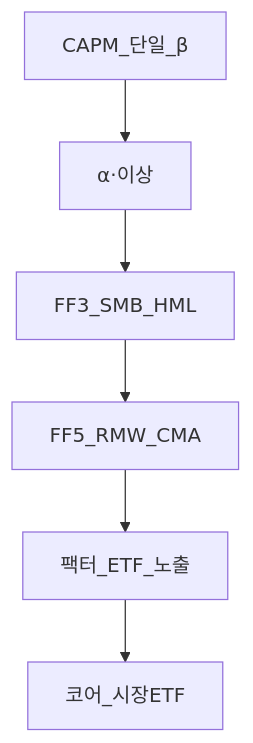
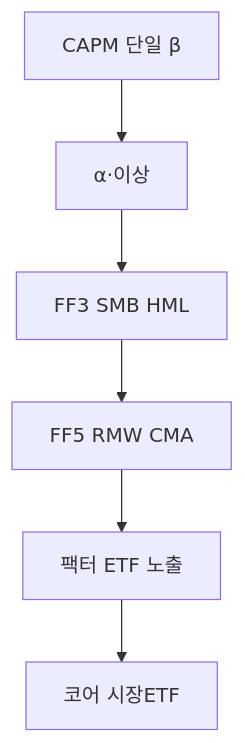
Before and after one commit to goldanghenry/Finances: the first of 2 diagrams in 08-advanced/factor-investing-fama-french.md, drawn with Mermaid. The commit also changed other lines of this file and 211 other files, not shown here.

````diff
--- a/08-advanced/factor-investing-fama-french.md
+++ b/08-advanced/factor-investing-fama-french.md
@@ -88,8 +112,8 @@
 ```mermaid
 flowchart TD
-  Capm[CAPM_단일_β] --> Resid[α·이상]
-  Resid --> FF3[FF3_SMB_HML]
-  FF3 --> FF5[FF5_RMW_CMA]
-  FF5 --> Port[팩터_ETF_노출]
-  Port --> Core[코어_시장ETF]
+  Capm["CAPM 단일 β"] --> Resid[α·이상]
+  Resid --> FF3["FF3 SMB HML"]
+  FF3 --> FF5["FF5 RMW CMA"]
+  FF5 --> Port["팩터 ETF 노출"]
+  Port --> Core["코어 시장ETF"]
 ```
````
